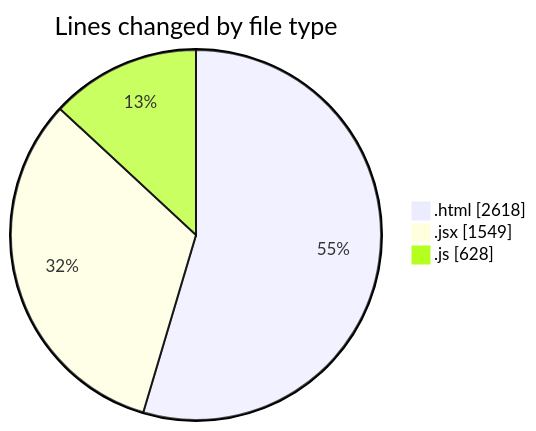
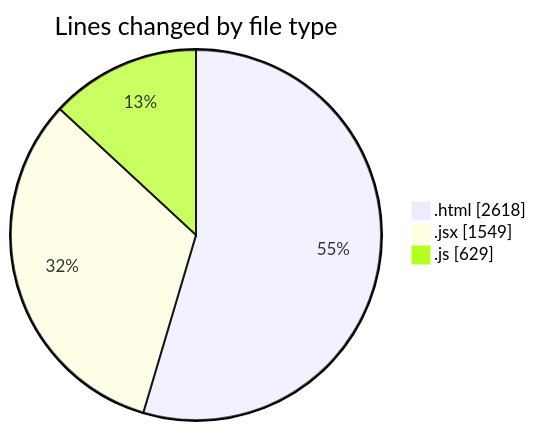
Before and after one commit to nxtqubesakshisongat/code-tracking: the first of 2 diagrams in 2025-08-08/nxtqube_webapp/README.md, drawn with Mermaid. The commit also changed other lines of this file and 1 other file, not shown here.

````diff
--- a/2025-08-08/nxtqube_webapp/README.md
+++ b/2025-08-08/nxtqube_webapp/README.md
@@ -23,7 +23,7 @@
 ```mermaid
 pie showData
 title Lines changed by file type
 ".html" : 2618
 ".jsx" : 1549
-".js" : 628
+".js" : 629
 ```
````
